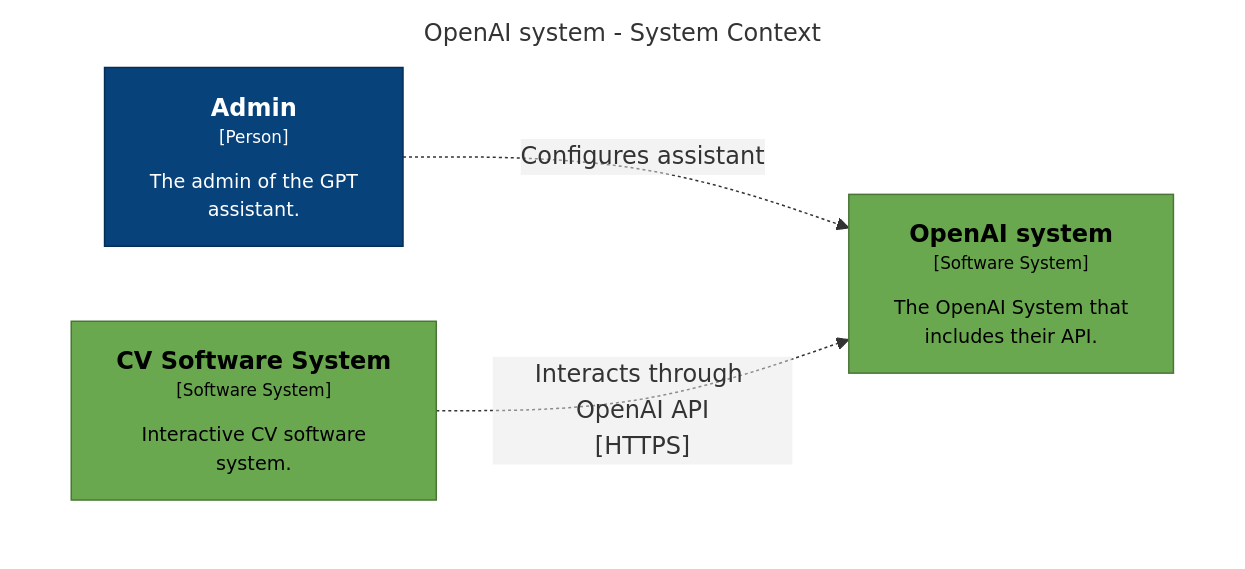
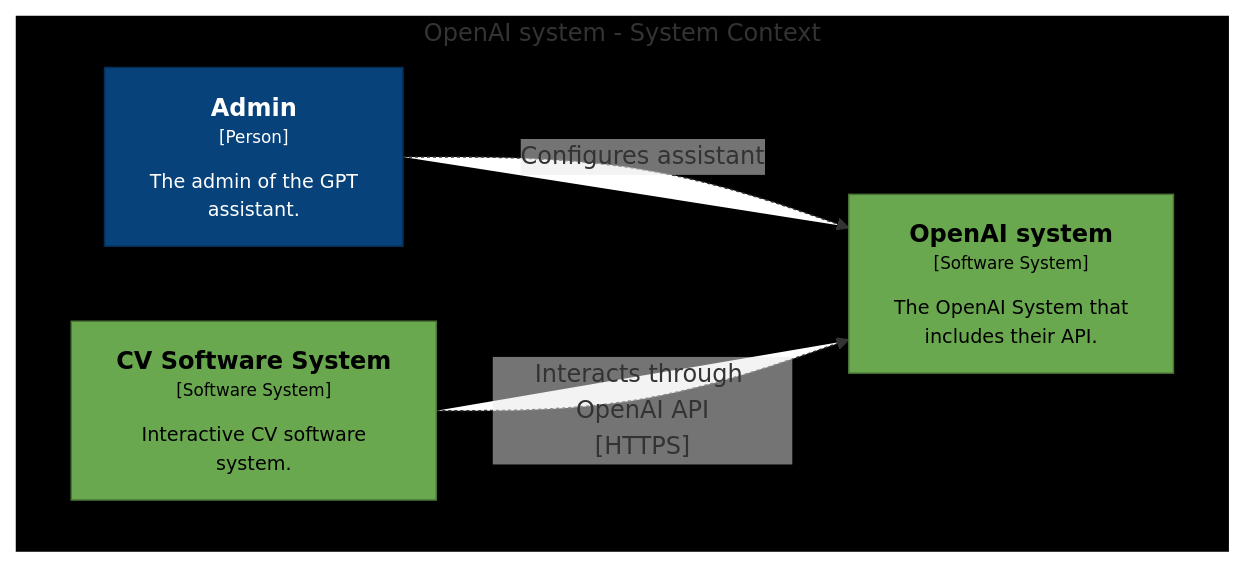
The second of 3 diagrams in README.md (alexknips/nextjs-cv), drawn with Mermaid before and after one commit. The commit also changed other lines of this file, not shown here.

````diff
--- a/README.md
+++ b/README.md
@@ -37,18 +37,18 @@
 ```mermaid
 graph TB
   linkStyle default fill:#ffffff
 
   subgraph diagram ["OpenAI system - System Context"]
-    style diagram fill:#ffffff,stroke:#ffffff
+    style diagram fill:#000000,stroke:#ffffff
 
     1["<div style='font-weight: bold'>Admin</div><div style='font-size: 70%; margin-top: 0px'>[Person]</div><div style='font-size: 80%; margin-top:10px'>The admin of the GPT<br />assistant.</div>"]
     style 1 fill:#08427b,stroke:#052e56,color:#ffffff
     3["<div style='font-weight: bold'>OpenAI system</div><div style='font-size: 70%; margin-top: 0px'>[Software System]</div><div style='font-size: 80%; margin-top:10px'>The OpenAI System that<br />includes their API.</div>"]
     style 3 fill:#6aa84f,stroke:#4a7537,color:#000000
     4["<div style='font-weight: bold'>CV Software System</div><div style='font-size: 70%; margin-top: 0px'>[Software System]</div><div style='font-size: 80%; margin-top:10px'>Interactive CV software<br />system.</div>"]
     style 4 fill:#6aa84f,stroke:#4a7537,color:#000000
 
     1-. "<div>Configures assistant</div><div style='font-size: 70%'></div>" .->3
     4-. "<div>Interacts through OpenAI API<br />[HTTPS]</div><div style='font-size: 70%'></div>" .->3
   end
 ```
````
